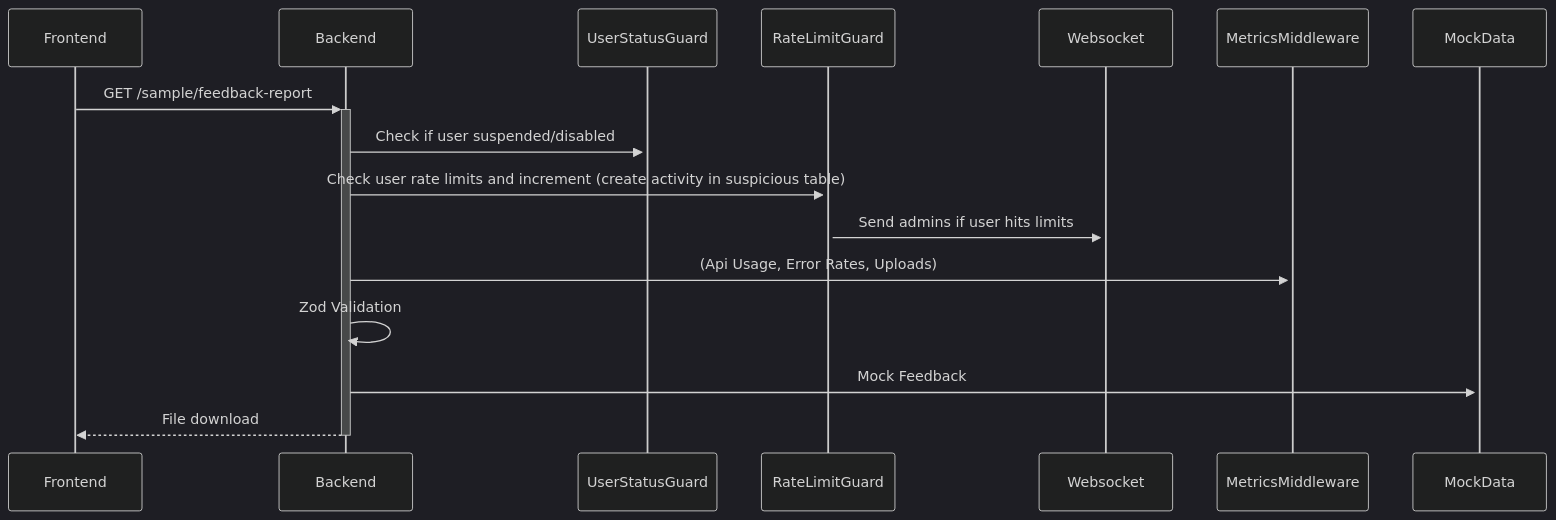
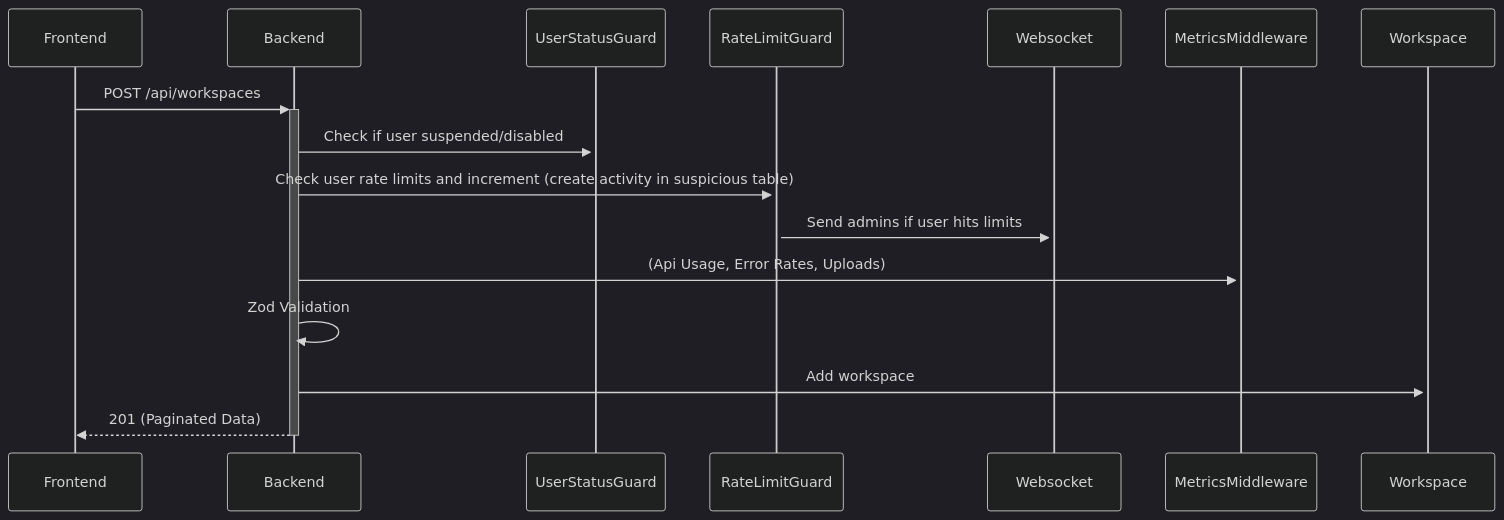
Before and after one commit to Xayrulloh/Feedback-Sentiment: diagram 28 of 33 in README.md, drawn with Mermaid (dark theme). The commit also changed other lines of this file, not shown here.

````diff
--- a/README.md
+++ b/README.md
@@ -547,11 +612,11 @@
 ```mermaid
 sequenceDiagram
-    Frontend->>+Backend: GET /sample/feedback-report
+    Frontend->>+Backend: POST /api/workspaces
     Backend->>+UserStatusGuard: Check if user suspended/disabled
     Backend->>+RateLimitGuard: Check user rate limits and increment (create activity in suspicious table)
     RateLimitGuard->>+Websocket: Send admins if user hits limits
     Backend->>+MetricsMiddleware: (Api Usage, Error Rates, Uploads)
     Backend->>Backend: Zod Validation
-    Backend->>+MockData: Mock Feedback
-    Backend-->>-Frontend: File download
+    Backend->>+Workspace: Add workspace
+    Backend-->>-Frontend: 201 (Paginated Data)
 ```
````
